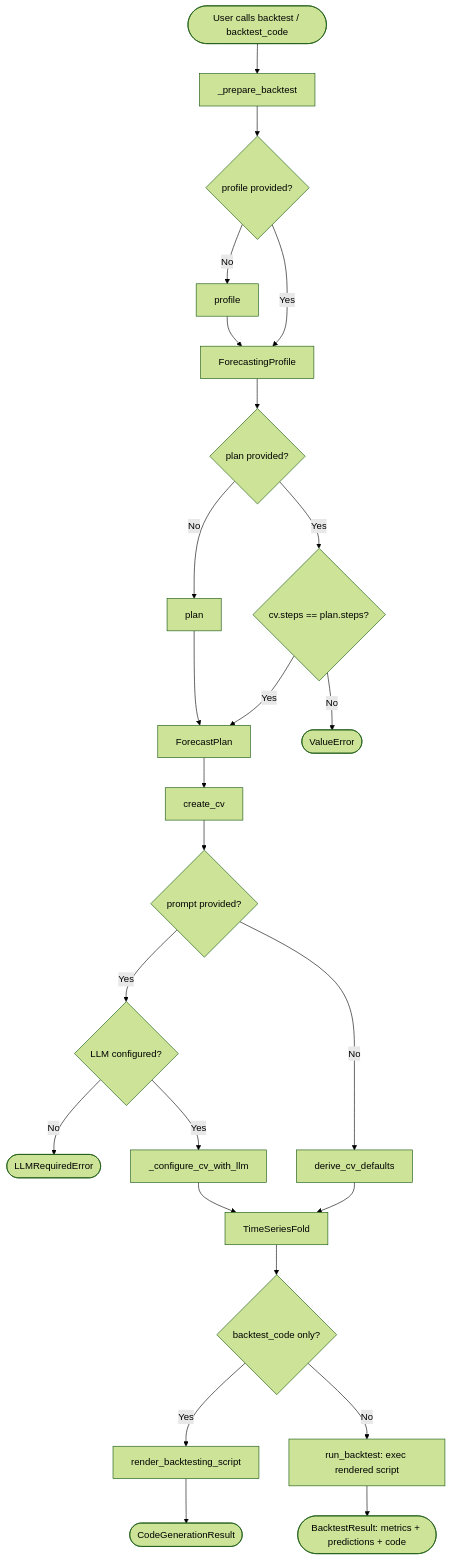
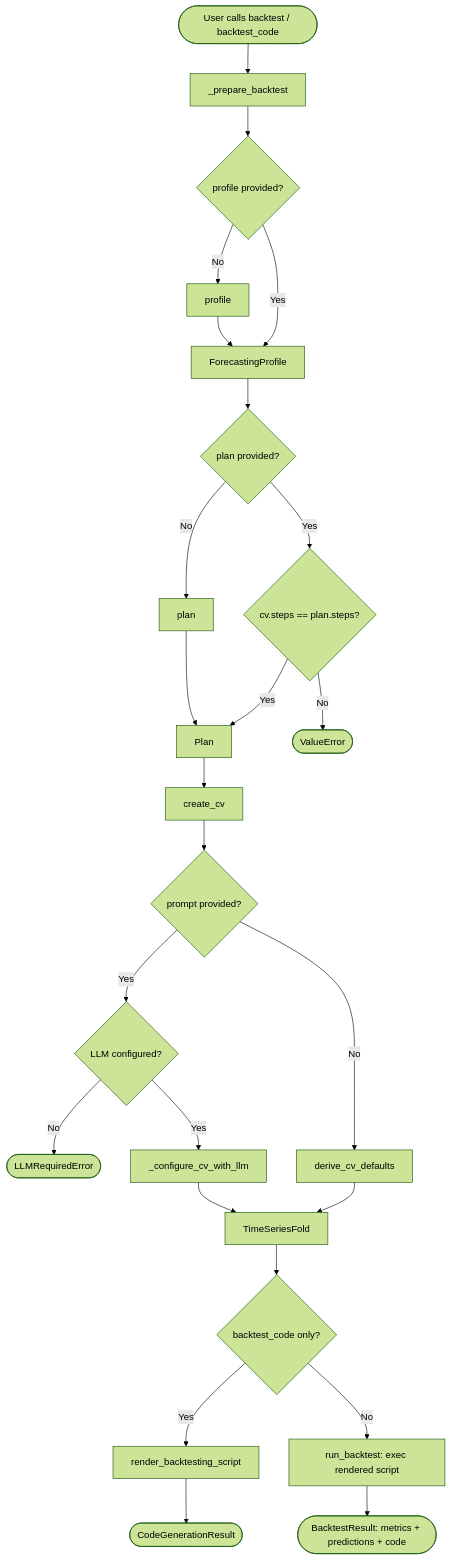
Before and after one commit to skforecast/skforecast-ai: the second of 3 diagrams in docs/user_guides/forecasting_assistant_audit.md, drawn with Mermaid (forest theme). The commit also changed other lines of this file and 38 other files, not shown here.

````diff
--- a/docs/user_guides/forecasting_assistant_audit.md
+++ b/docs/user_guides/forecasting_assistant_audit.md
@@ -72,27 +72,27 @@
 ```mermaid
 flowchart TD
     A([User calls backtest / backtest_code]) --> B[_prepare_backtest]
     B --> C{profile provided?}
     C -- No --> D[profile]
     D --> E[ForecastingProfile]
     C -- Yes --> E
     E --> F{plan provided?}
     F -- No --> G[plan]
-    G --> H[ForecastPlan]
+    G --> H[Plan]
     F -- Yes --> I{cv.steps == plan.steps?}
     I -- No --> ERR([ValueError])
     I -- Yes --> H
     H --> J[create_cv]
     J --> K{prompt provided?}
     K -- Yes --> L{LLM configured?}
     L -- No --> ERR2([LLMRequiredError])
     L -- Yes --> M[_configure_cv_with_llm]
     M --> N[TimeSeriesFold]
     K -- No --> O[derive_cv_defaults]
     O --> N
     N --> P{backtest_code only?}
     P -- Yes --> Q[render_backtesting_script]
     Q --> R([CodeGenerationResult])
     P -- No --> S[run_backtest: exec rendered script]
     S --> T([BacktestResult: metrics + predictions + code])
 ```
````
